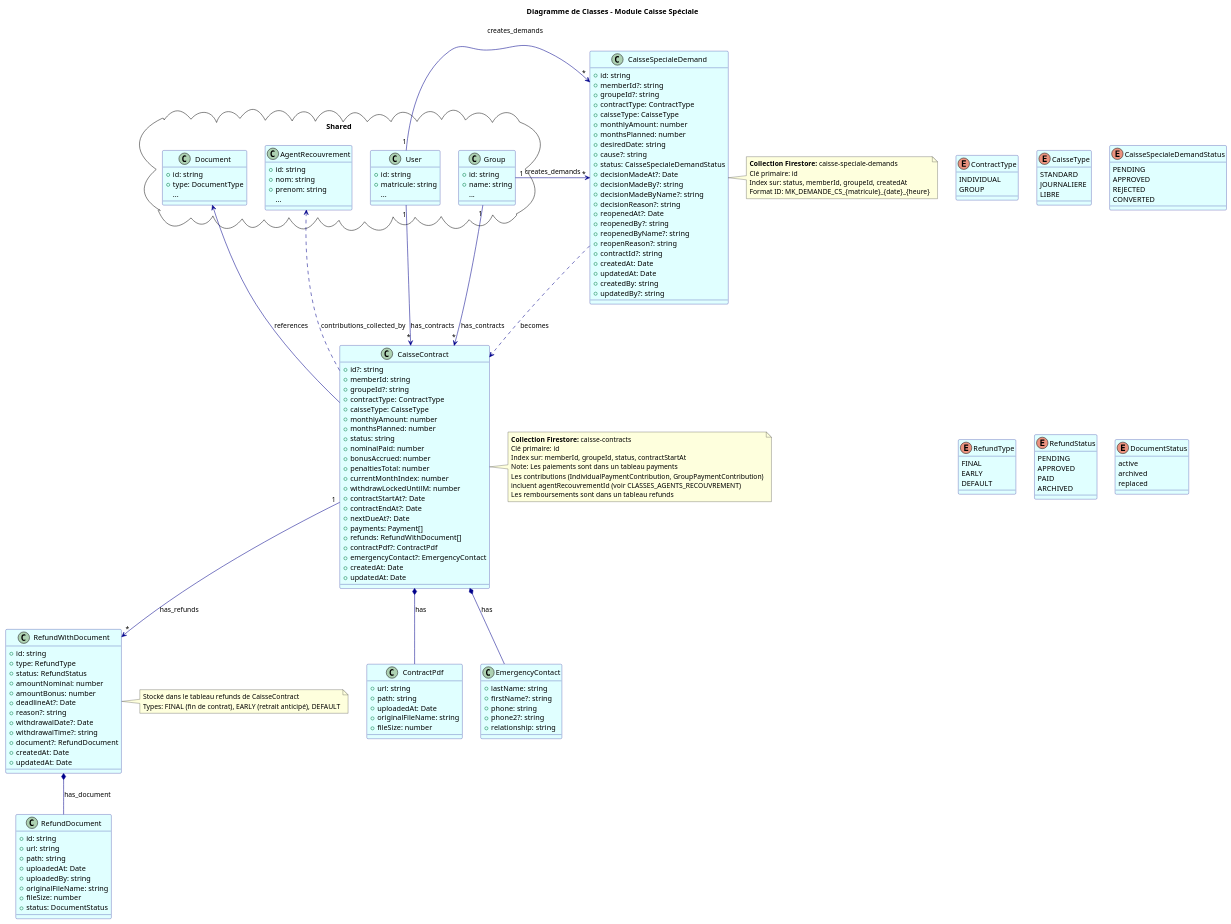
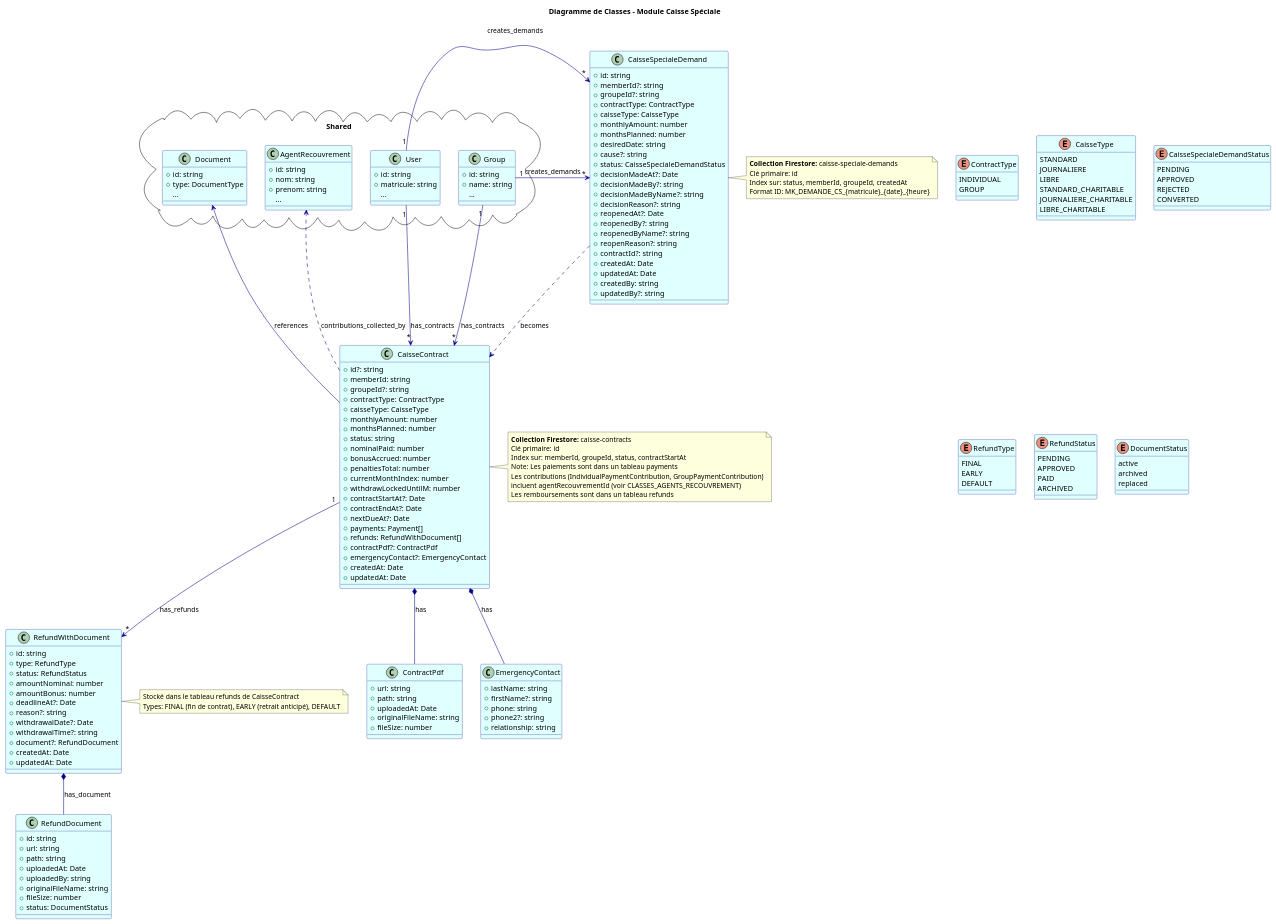
The diagram in documentation/uml/classes/CLASSES_CAISSE_SPECIALE.puml (GlennEriss/kara-client-front), drawn with PlantUML before and after one commit. The commit also changed 87 other files, not shown here.

```diff
--- a/documentation/uml/classes/CLASSES_CAISSE_SPECIALE.puml
+++ b/documentation/uml/classes/CLASSES_CAISSE_SPECIALE.puml
@@ -161,6 +161,9 @@
   STANDARD
   JOURNALIERE
   LIBRE
+  STANDARD_CHARITABLE
+  JOURNALIERE_CHARITABLE
+  LIBRE_CHARITABLE
 }
 
 enum CaisseSpecialeDemandStatus {
```
